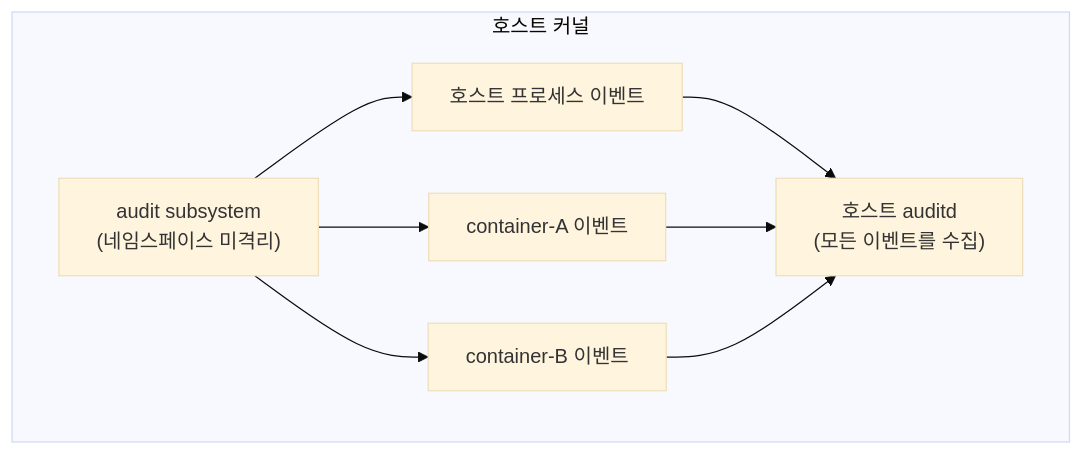
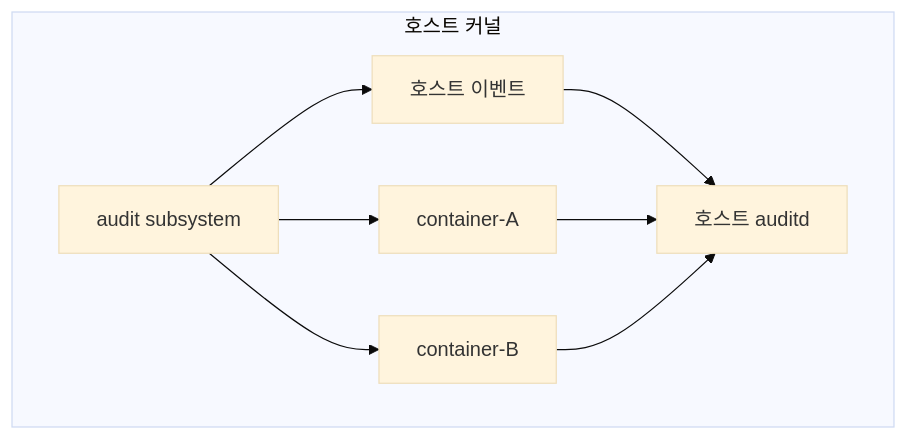
One commit to moonblueblue/devops-wiki changed the second of 4 diagrams in content/linux/linux-security/auditd.md. Above: the diagram before and after it, drawn with Mermaid (base theme). The commit also changed other lines of this file and 37 other files, not shown here.

First line of the commit message:
style: linux 카테고리 ASCII 도표·Mermaid 라벨 형식 교정

````diff
--- a/content/linux/linux-security/auditd.md
+++ b/content/linux/linux-security/auditd.md
@@ -741,17 +749,17 @@
 ```mermaid
 graph TD
     subgraph host["호스트 커널"]
-        AUD["audit subsystem<br/>(네임스페이스 미격리)"]
-        HOST_EV["호스트 프로세스 이벤트"]
-        CA["container-A 이벤트"]
-        CB["container-B 이벤트"]
-        AUDITD["호스트 auditd<br/>(모든 이벤트를 수집)"]
+        AUD["audit subsystem"]
+        HOST_EV["호스트 이벤트"]
+        CA["container-A"]
+        CB["container-B"]
+        AUDITD["호스트 auditd"]
     end
 
     AUD --> HOST_EV
     AUD --> CA
     AUD --> CB
     HOST_EV --> AUDITD
     CA --> AUDITD
     CB --> AUDITD
 ```
````
